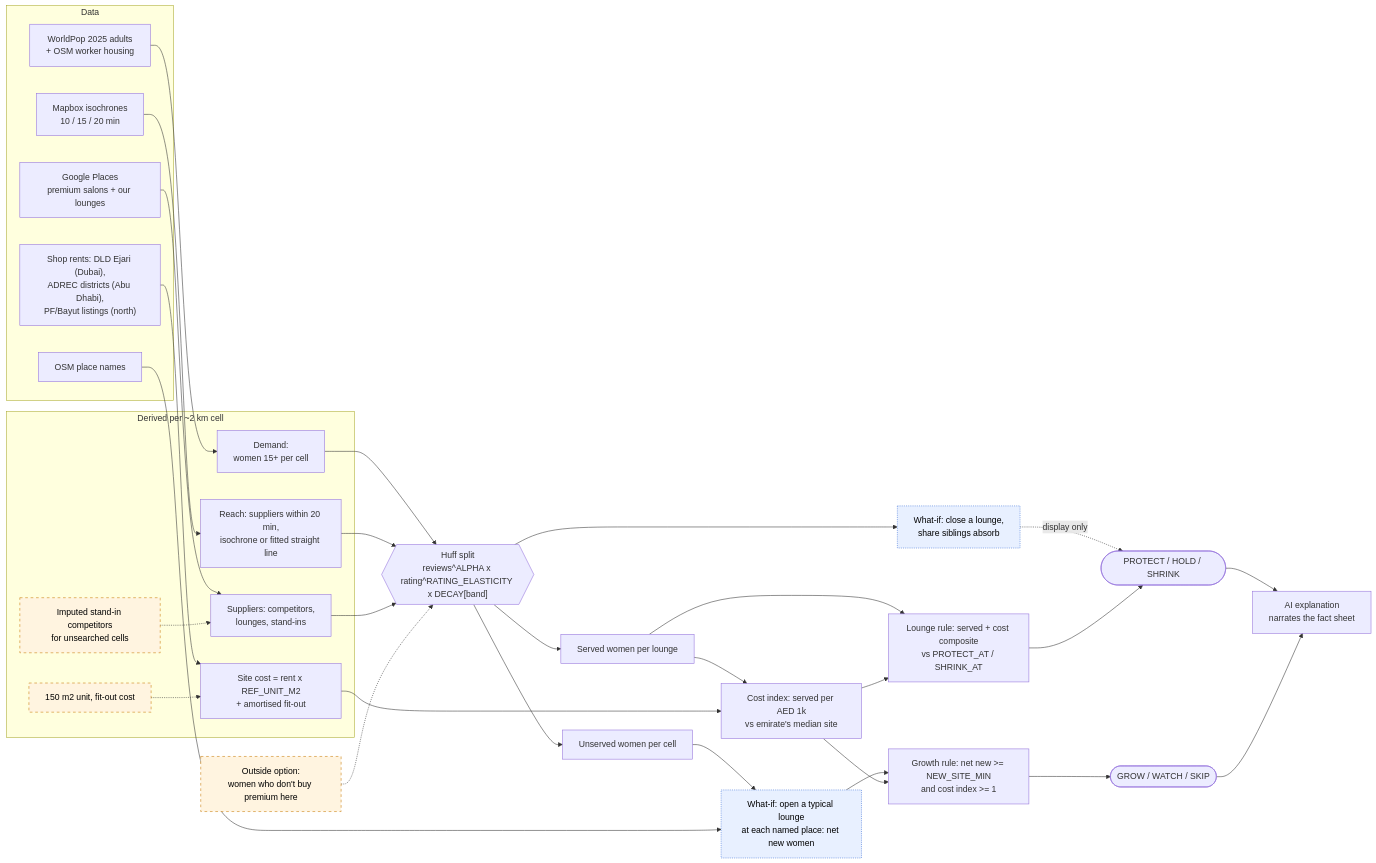
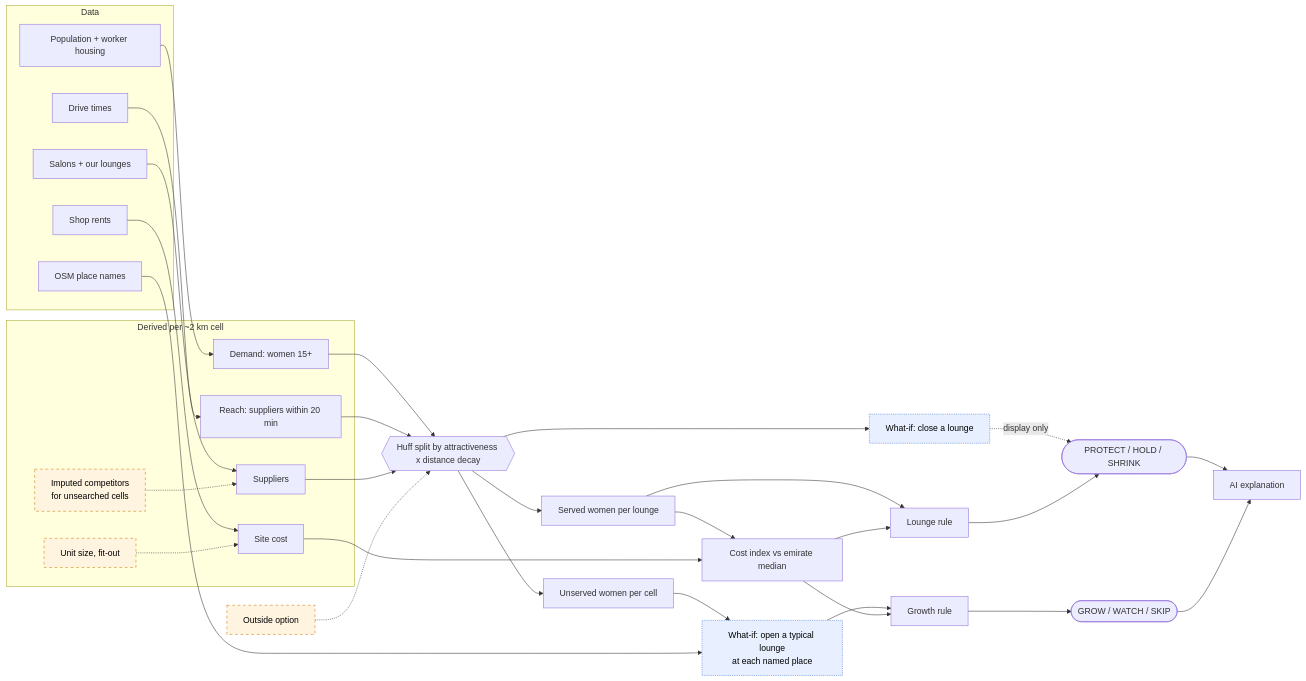
The first of 2 diagrams in README.md (thenomadlad/2pz-ai-case-study), drawn with Mermaid before and after one commit. The commit also changed other lines of this file, not shown here.

First line of the commit message:
README: split 'How the model works' into two diagrams: the data-to-calls chain, and an inventory of signals and features with dropped ones in red (each with its reason) and cannibalisation shown as demoted

````diff
--- a/README.md
+++ b/README.md
@@ -177,60 +180,60 @@
 ```mermaid
 flowchart LR
   subgraph SRC["Data"]
-    WP["WorldPop 2025 adults<br/>+ OSM worker housing"]
-    MB["Mapbox isochrones<br/>10 / 15 / 20 min"]
-    GP["Google Places<br/>premium salons + our lounges"]
-    RENT["Shop rents: DLD Ejari (Dubai),<br/>ADREC districts (Abu Dhabi),<br/>PF/Bayut listings (north)"]
+    WP["Population + worker housing"]
+    MB["Drive times"]
+    GP["Salons + our lounges"]
+    RENT["Shop rents"]
     OSM["OSM place names"]
   end
   subgraph DER["Derived per ~2 km cell"]
-    DEM["Demand:<br/>women 15+ per cell"]
-    REACH["Reach: suppliers within 20 min,<br/>isochrone or fitted straight line"]
-    SUP["Suppliers: competitors,<br/>lounges, stand-ins"]
-    IMP["Imputed stand-in competitors<br/>for unsearched cells"]:::assume
-    COST["Site cost = rent x REF_UNIT_M2<br/>+ amortised fit-out"]
-    UNIT["150 m2 unit, fit-out cost"]:::assume
+    DEM["Demand: women 15+"]
+    REACH["Reach: suppliers within 20 min"]
+    SUP["Suppliers"]
+    IMP["Imputed competitors<br/>for unsearched cells"]:::assume
+    COST["Site cost"]
+    UNIT["Unit size, fit-out"]:::assume
   end
-  HUFF{{"Huff split<br/>reviews^ALPHA x rating^RATING_ELASTICITY x DECAY[band]"}}
-  OUT["Outside option:<br/>women who don't buy premium here"]:::assume
+  HUFF{{"Huff split by attractiveness x distance decay"}}
+  OUT["Outside option"]:::assume
   SERVED["Served women per lounge"]
   UNSERVED["Unserved women per cell"]
-  CIX["Cost index: served per AED 1k<br/>vs emirate's median site"]
-  CANN["What-if: close a lounge,<br/>share siblings absorb"]:::whatif
-  OPEN["What-if: open a typical lounge<br/>at each named place: net new women"]:::whatif
-  LRULE["Lounge rule: served + cost composite<br/>vs PROTECT_AT / SHRINK_AT"]
-  GRULE["Growth rule: net new >= NEW_SITE_MIN<br/>and cost index >= 1"]
+  CIX["Cost index vs emirate median"]
+  CANN["What-if: close a lounge"]:::whatif
+  OPEN["What-if: open a typical lounge<br/>at each named place"]:::whatif
+  LRULE["Lounge rule"]
+  GRULE["Growth rule"]
   LCALL(["PROTECT / HOLD / SHRINK"])
   GCALL(["GROW / WATCH / SKIP"])
-  AI["AI explanation<br/>narrates the fact sheet"]
+  AI["AI explanation"]
 
   WP --> DEM
   MB --> REACH
   GP --> SUP
   IMP -.-> SUP
   RENT --> COST
   UNIT -.-> COST
   DEM --> HUFF
   REACH --> HUFF
   SUP --> HUFF
   OUT -.-> HUFF
   HUFF --> SERVED
   HUFF --> UNSERVED
   SERVED --> CIX
   COST --> CIX
   SERVED --> LRULE
   CIX --> LRULE
   HUFF --> CANN
   CANN -.->|display only| LCALL
   UNSERVED --> OPEN
   OSM --> OPEN
   OPEN --> GRULE
   CIX --> GRULE
   LRULE --> LCALL
   GRULE --> GCALL
   LCALL --> AI
   GCALL --> AI
 
   classDef assume stroke-dasharray: 5 5,fill:#fff4e0,stroke:#c77700,color:#000
   classDef whatif stroke-dasharray: 2 2,fill:#e8f0ff,stroke:#3b6fd6,color:#000
 ```
````
